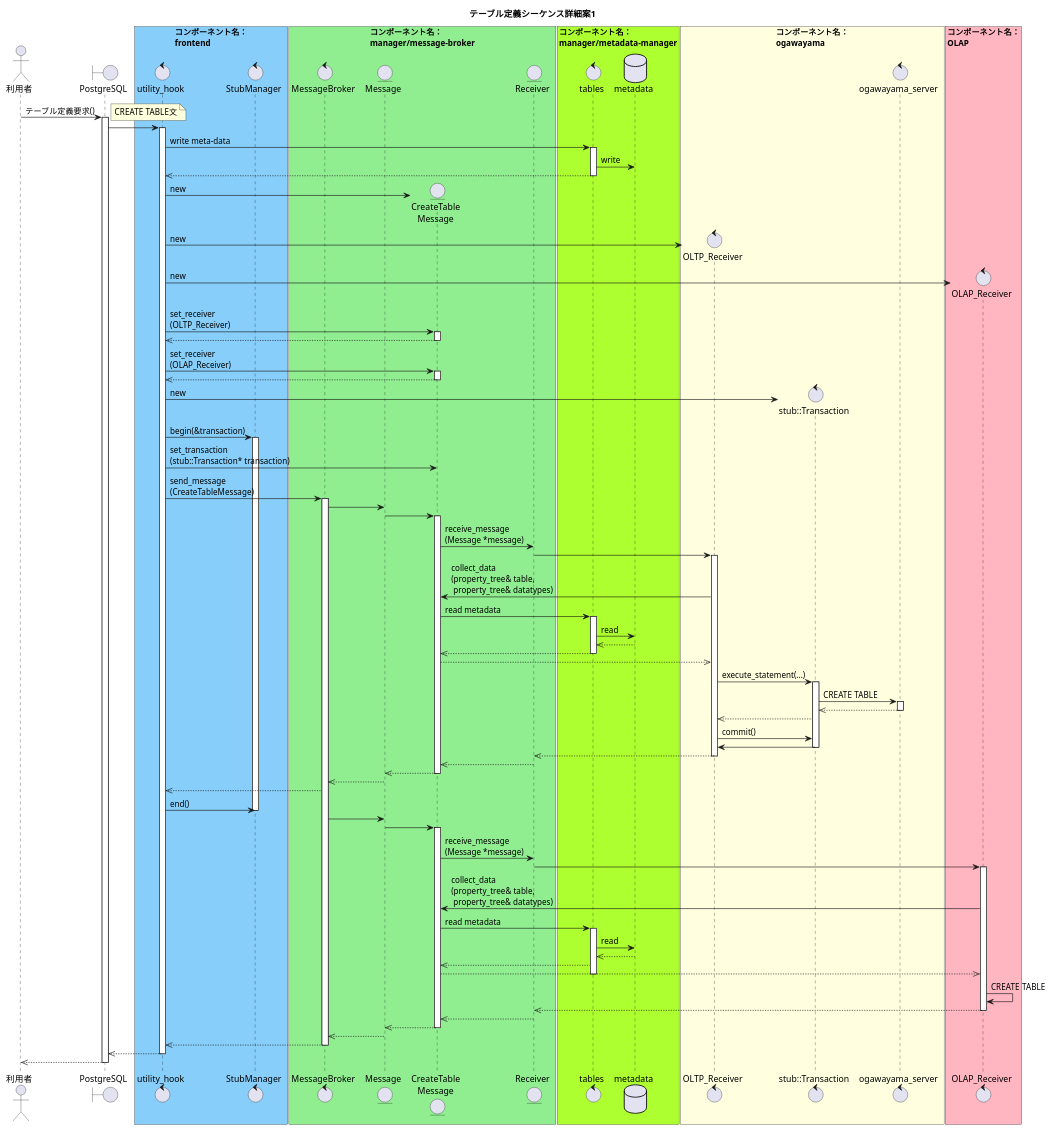
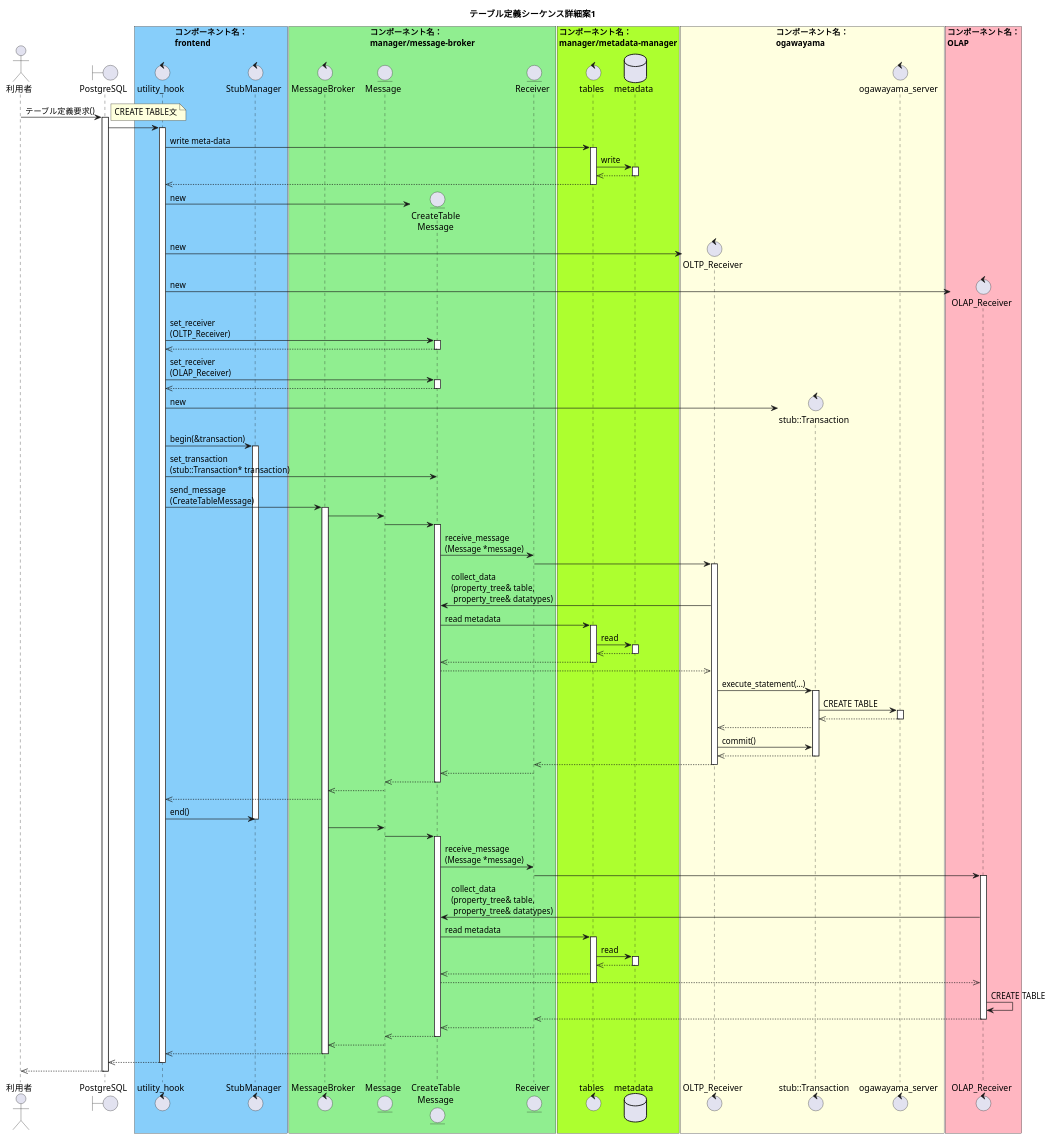
One commit to project-tsurugi/tsurugi_fdw changed the first of 2 diagrams in docs/design/img/CREATE_TABLE_detail.pu. Above: the diagram before and after it, drawn with PlantUML. The commit also changed other lines of this file and 3 other files, not shown here.

Commit message:
trivial fix about sequence diagram

```diff
--- a/docs/design/img/CREATE_TABLE_detail.pu
+++ b/docs/design/img/CREATE_TABLE_detail.pu
@@ -5,141 +5,148 @@
 @startuml テーブル定義シーケンス詳細案1
 
 title テーブル定義シーケンス詳細案1
 
 actor 利用者
 boundary PostgreSQL
 
 box "コンポーネント名：\nfrontend" #LightSkyBlue
 control utility_hook
 control StubManager
 end box
 
 box "コンポーネント名：\nmanager/message-broker" #LightGreen
 control MessageBroker
 entity Message
 entity "CreateTable\nMessage" as concrete_message
 entity Receiver
 end box
 
 box "コンポーネント名：\nmanager/metadata-manager" #GreenYellow
 control tables
 database metadata
 end box
 
 box "コンポーネント名：\nogawayama" #LightYellow
 control "OLTP_Receiver" as oltp_receiver
 control "stub::Transaction" as tran
 control ogawayama_server
 end box
 
 box "コンポーネント名：\nOLAP" #LightPink
 control "OLAP_Receiver" as olap_receiver
 end box
 
 利用者 -> PostgreSQL : テーブル定義要求()
 activate PostgreSQL
 note right
 CREATE TABLE文
 end note
 
 PostgreSQL -> utility_hook
 activate utility_hook
   ' write meta-data
   utility_hook -> tables : write meta-data
   activate tables
     tables -> metadata : write
+    activate metadata
+    tables <<-- metadata
+    deactivate metadata
     utility_hook <<-- tables
   deactivate tables
 
   ' create objects
   create concrete_message
   utility_hook -> concrete_message : new
   create oltp_receiver
   utility_hook -> oltp_receiver : new
   create olap_receiver
   utility_hook -> olap_receiver : new
 
   ' set receiver
   utility_hook -> concrete_message : set_receiver\n(OLTP_Receiver)
   activate concrete_message
     utility_hook <<-- concrete_message
   deactivate concrete_message
   utility_hook -> concrete_message : set_receiver\n(OLAP_Receiver)
   activate concrete_message
     utility_hook <<-- concrete_message
   deactivate concrete_message
 
   ' begin transaction
   create tran
   utility_hook -> tran : new
   utility_hook -> StubManager : begin(&transaction)
   activate StubManager
   utility_hook -> concrete_message : set_transaction\n(stub::Transaction* transaction)
 
   ' send message to MessageBroker
   utility_hook -> MessageBroker : send_message\n(CreateTableMessage)
   activate MessageBroker
 
   ' execute command
   MessageBroker -> Message
   Message -> concrete_message
   activate concrete_message
     concrete_message -> Receiver : receive_message\n(Message *message)
     Receiver -> oltp_receiver
     activate oltp_receiver
       oltp_receiver -> concrete_message : collect_data\n(property_tree& table,\n property_tree& datatypes)
       concrete_message -> tables : read metadata
       activate tables
         tables -> metadata : read
+        activate metadata
         tables <<-- metadata
+        deactivate metadata
         concrete_message <<-- tables
       deactivate tables
       oltp_receiver <<-- concrete_message
       oltp_receiver -> tran : execute_statement(...)
       activate tran
         tran -> ogawayama_server : CREATE TABLE
           activate ogawayama_server
             tran <<-- ogawayama_server
           deactivate ogawayama_server
         oltp_receiver <<-- tran
         oltp_receiver -> tran : commit()
-        tran -> oltp_receiver
+        oltp_receiver <<-- tran
       deactivate tran
     Receiver <<-- oltp_receiver
     deactivate oltp_receiver
     concrete_message <<-- Receiver
   Message <<-- concrete_message
   deactivate concrete_message
   MessageBroker <<-- Message
   utility_hook <<-- MessageBroker
   utility_hook -> StubManager : end()
   deactivate StubManager
   MessageBroker -> Message
   Message -> concrete_message
   activate concrete_message
     concrete_message -> Receiver : receive_message\n(Message *message)
     Receiver -> olap_receiver
     activate olap_receiver
       olap_receiver -> concrete_message : collect_data\n(property_tree& table,\n property_tree& datatypes)
       concrete_message -> tables : read metadata
       activate tables
         tables -> metadata : read
+        activate metadata
         tables <<-- metadata
+        deactivate metadata
         concrete_message <<-- tables
         olap_receiver <<-- concrete_message
       deactivate tables
       olap_receiver -> olap_receiver : CREATE TABLE
       Receiver <<-- olap_receiver
       deactivate olap_receiver
       concrete_message <<-- Receiver
   Message <<-- concrete_message
   deactivate concrete_message
   MessageBroker <<-- Message
   utility_hook <<-- MessageBroker
   deactivate MessageBroker
 PostgreSQL <<-- utility_hook
 deactivate utility_hook
 利用者 <<-- PostgreSQL
 deactivate PostgreSQL
 
 @enduml
```
